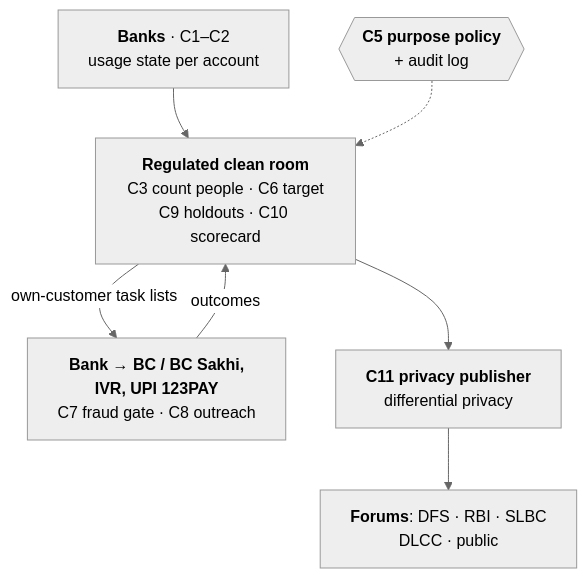
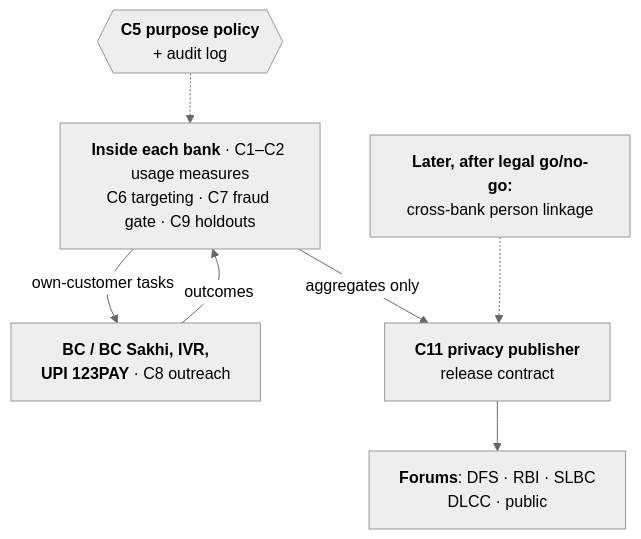
One commit to imdigitalashish/techfest-2026 changed the diagram in india71-t3-finance/deliverables/round1-proposal.md. Above: the diagram before and after it, drawn with Mermaid (neutral theme). The commit also changed other lines of this file and 8 other files, not shown here.

````diff
--- a/india71-t3-finance/deliverables/round1-proposal.md
+++ b/india71-t3-finance/deliverables/round1-proposal.md
@@ -48,9 +46,9 @@
 ```mermaid
 flowchart TB
-  A["<b>Banks</b> · C1–C2<br/>usage state per account"] --> B["<b>Regulated clean room</b><br/>C3 count people · C6 target<br/>C9 holdouts · C10 scorecard"]
-  B -- "own-customer task lists" --> C["<b>Bank → BC / BC Sakhi,</b><br/><b>IVR, UPI 123PAY</b><br/>C7 fraud gate · C8 outreach"]
-  C -- "outcomes" --> B
-  B --> D["<b>C11 privacy publisher</b><br/>differential privacy"]
+  A["<b>Inside each bank</b> · C1–C2 usage measures<br/>C6 targeting · C7 fraud gate · C9 holdouts"] -- "own-customer tasks" --> C["<b>BC / BC Sakhi, IVR,</b><br/><b>UPI 123PAY</b> · C8 outreach"]
+  C -- "outcomes" --> A
+  A -- "aggregates only" --> D["<b>C11 privacy publisher</b><br/>release contract"]
   D --> E["<b>Forums</b>: DFS · RBI · SLBC<br/>DLCC · public"]
-  P{{"<b>C5 purpose policy</b><br/>+ audit log"}} -.-> B
+  X["<b>Later, after legal go/no-go:</b><br/>cross-bank person linkage"] -.-> D
+  P{{"<b>C5 purpose policy</b><br/>+ audit log"}} -.-> A
 ```
````
